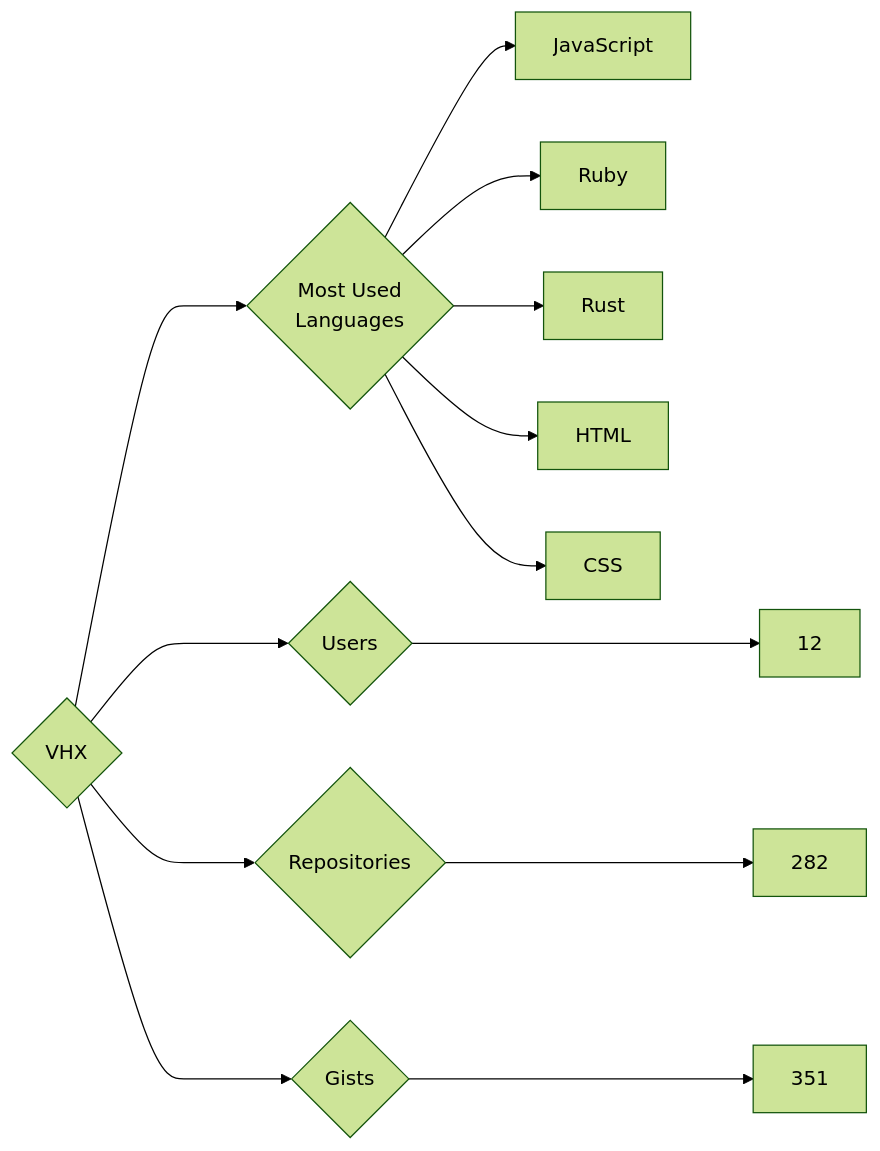
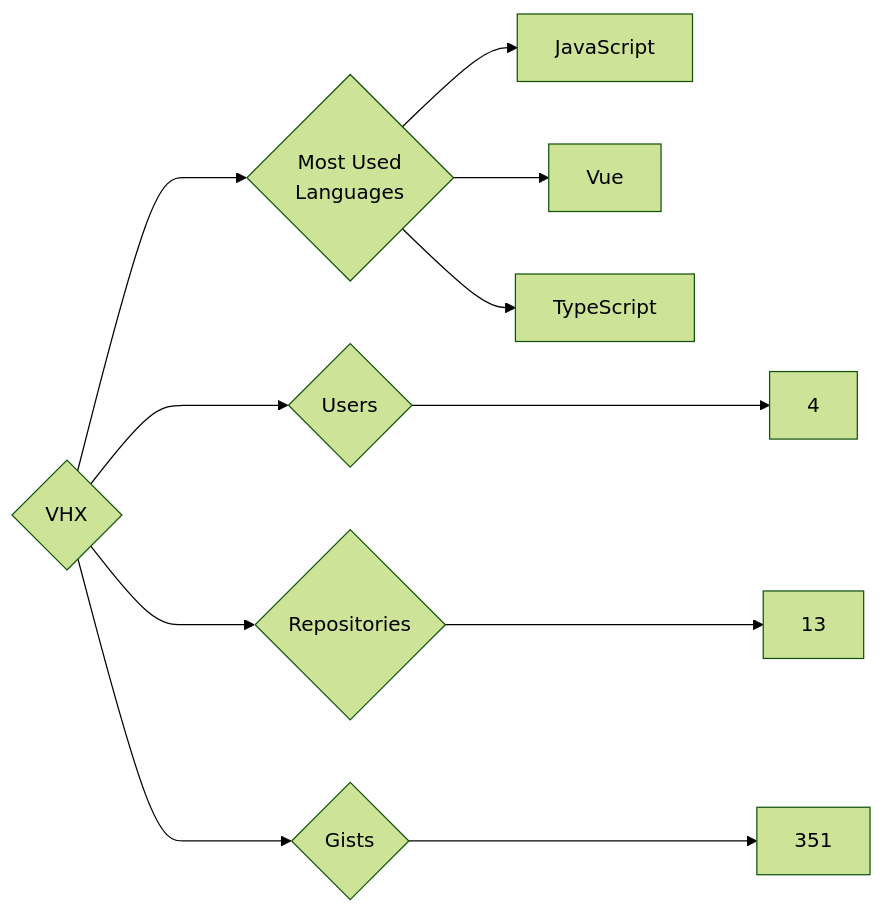
Before and after one commit to trickest/insiders: the diagram in targets/VHX/README.md, drawn with Mermaid (forest theme). The commit also changed 1496 other files, not shown here.

````diff
--- a/targets/VHX/README.md
+++ b/targets/VHX/README.md
@@ -3,13 +3,11 @@
 ```mermaid
 graph LR
 COMPANY_NAME{VHX}
-COMPANY_NAME ---> U{Users} ---> UN[12]
-COMPANY_NAME ---> R{Repositories} ---> RN[282]
+COMPANY_NAME ---> U{Users} ---> UN[4]
+COMPANY_NAME ---> R{Repositories} ---> RN[13]
 COMPANY_NAME ---> G{Gists} ---> GN[351]
 COMPANY_NAME ---> ML{Most Used<br>Languages}
 ML --> JavaScript[JavaScript]
-ML --> Ruby[Ruby]
-ML --> Rust[Rust]
-ML --> HTML[HTML]
-ML --> CSS[CSS]
+ML --> Vue[Vue]
+ML --> TypeScript[TypeScript]
 ```
````
